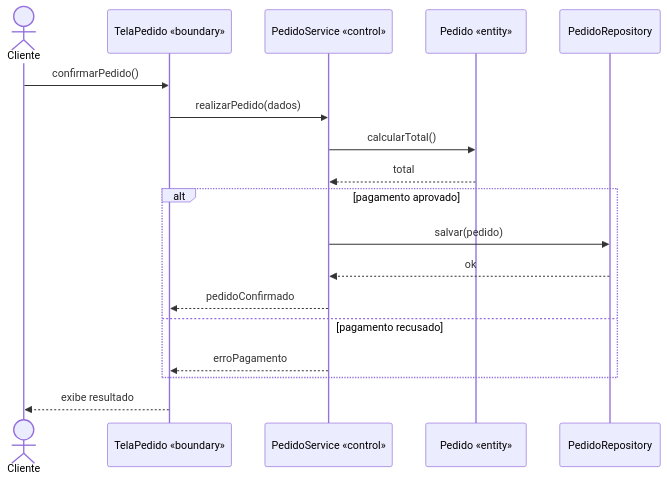
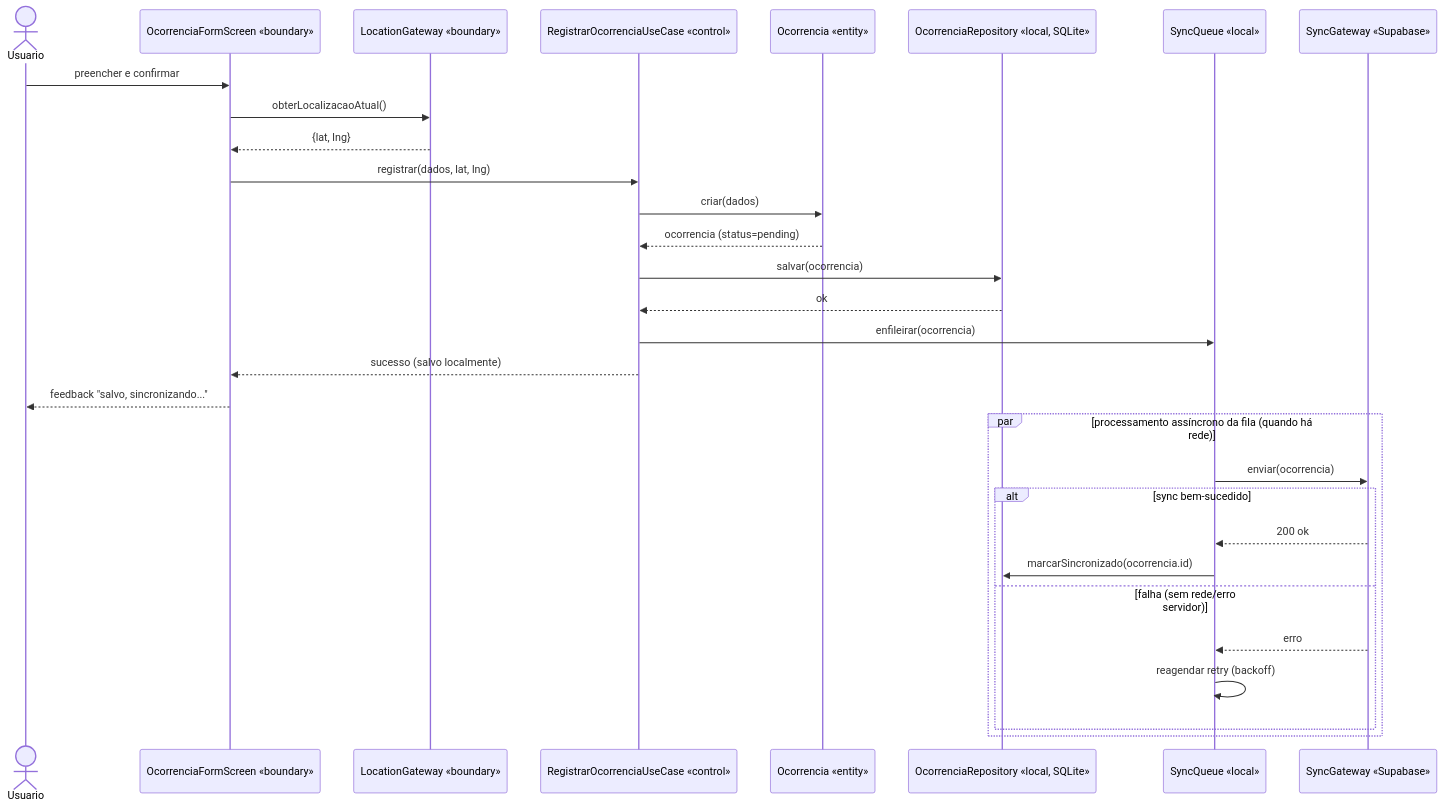
One commit to JpCobraC/SindiFlow changed the eighth of 10 diagrams in agent_tools/SKILL.md. Above: the diagram before and after it, drawn with Mermaid. The commit also changed other lines of this file and 1 other file, not shown here.

````diff
--- a/agent_tools/SKILL.md
+++ b/agent_tools/SKILL.md
@@ -276,21 +351,34 @@
 ```mermaid
 sequenceDiagram
-    actor Cliente
-    participant B as TelaPedido «boundary»
-    participant C as PedidoService «control»
-    participant E as Pedido «entity»
-    participant R as PedidoRepository
+    actor Usuario
+    participant B as OcorrenciaFormScreen «boundary»
+    participant Loc as LocationGateway «boundary»
+    participant C as RegistrarOcorrenciaUseCase «control»
+    participant E as Ocorrencia «entity»
+    participant R as OcorrenciaRepository «local, SQLite»
+    participant Q as SyncQueue «local»
+    participant S as SyncGateway «Supabase»
 
-    Cliente ->> B: confirmarPedido()
-    B ->> C: realizarPedido(dados)
-    C ->> E: calcularTotal()
-    E -->> C: total
-    alt pagamento aprovado
-        C ->> R: salvar(pedido)
-        R -->> C: ok
-        C -->> B: pedidoConfirmado
-    else pagamento recusado
-        C -->> B: erroPagamento
+    Usuario ->> B: preencher e confirmar
+    B ->> Loc: obterLocalizacaoAtual()
+    Loc -->> B: {lat, lng}
+    B ->> C: registrar(dados, lat, lng)
+    C ->> E: criar(dados) 
+    E -->> C: ocorrencia (status=pending)
+    C ->> R: salvar(ocorrencia)
+    R -->> C: ok
+    C ->> Q: enfileirar(ocorrencia)
+    C -->> B: sucesso (salvo localmente)
+    B -->> Usuario: feedback "salvo, sincronizando..."
+
+    par processamento assíncrono da fila (quando há rede)
+        Q ->> S: enviar(ocorrencia)
+        alt sync bem-sucedido
+            S -->> Q: 200 ok
+            Q ->> R: marcarSincronizado(ocorrencia.id)
+        else falha (sem rede/erro servidor)
+            S -->> Q: erro
+            Q ->> Q: reagendar retry (backoff)
+        end
     end
-    B -->> Cliente: exibe resultado
 ```
````
